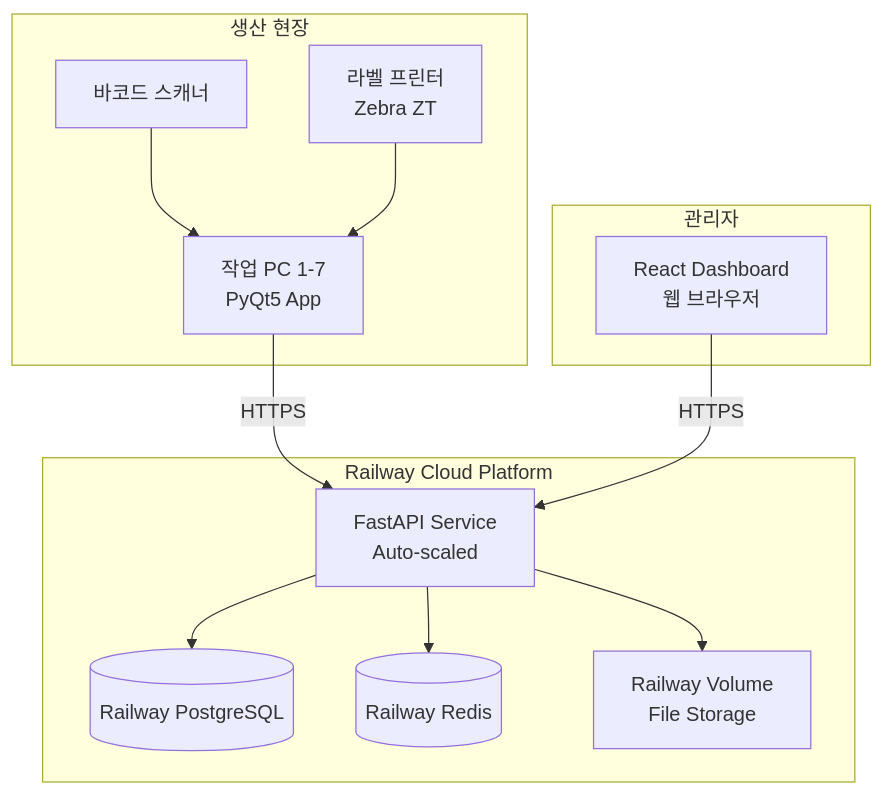
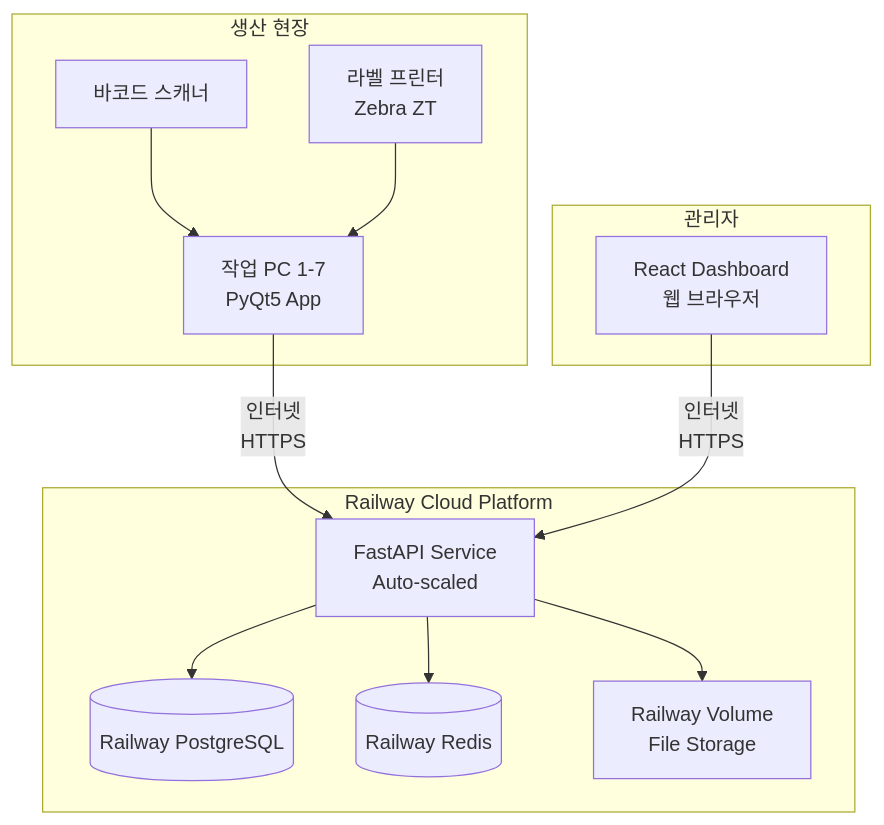
One commit to Soochol/F2X_NeuroHub changed the second of 3 diagrams in docs/04-architecture/04-2-system-design.md. Above: the diagram before and after it, drawn with Mermaid. The commit also changed other lines of this file, not shown here.

First line of the commit message:
Update: 시스템 구성도 다이어그램에 네트워크 요구사항 명시

````diff
--- a/docs/04-architecture/04-2-system-design.md
+++ b/docs/04-architecture/04-2-system-design.md
@@ -49,27 +60,27 @@
 ```mermaid
 graph TB
     subgraph Factory["생산 현장"]
         PC1[작업 PC 1-7<br/>PyQt5 App]
         PC2[바코드 스캐너]
         PC3[라벨 프린터<br/>Zebra ZT]
     end
 
     subgraph RailwayCloud["Railway Cloud Platform"]
         Backend[FastAPI Service<br/>Auto-scaled]
         DB[(Railway PostgreSQL)]
         Redis[(Railway Redis)]
         Volume[Railway Volume<br/>File Storage]
     end
 
     subgraph Office["관리자"]
         Dashboard[React Dashboard<br/>웹 브라우저]
     end
 
-    PC1 -->|HTTPS| Backend
+    PC1 -->|인터넷<br/>HTTPS| Backend
     PC2 --> PC1
     PC3 --> PC1
-    Dashboard -->|HTTPS| Backend
+    Dashboard -->|인터넷<br/>HTTPS| Backend
     Backend --> DB
     Backend --> Redis
     Backend --> Volume
 ```
````
